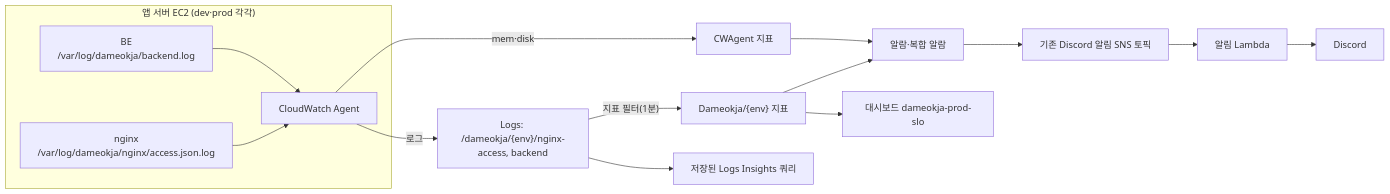
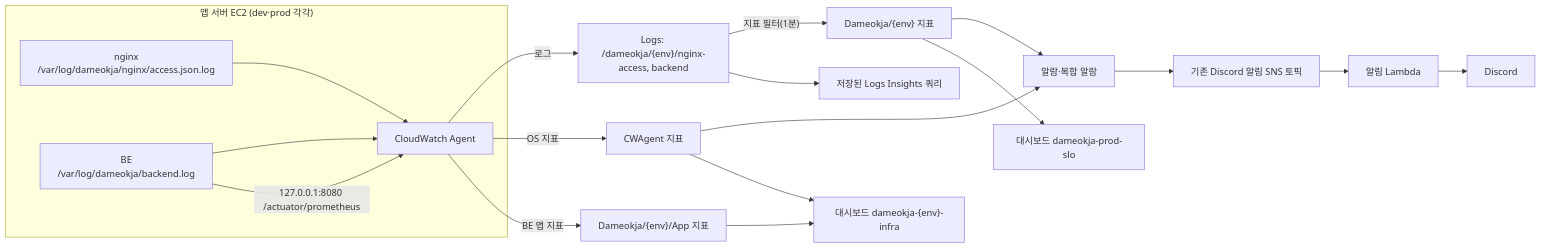
Before and after one commit to 100-hours-a-week/KTB4-5th-CLOUD: the diagram in infra/monitoring/README.md, drawn with Mermaid. The commit also changed other lines of this file and 11 other files, not shown here.

````diff
--- a/infra/monitoring/README.md
+++ b/infra/monitoring/README.md
@@ -8,18 +8,22 @@
 ```mermaid
 flowchart LR
     subgraph EC2["앱 서버 EC2 (dev·prod 각각)"]
         NG["nginx\n/var/log/dameokja/nginx/access.json.log"]
         BE["BE\n/var/log/dameokja/backend.log"]
         AG["CloudWatch Agent"]
         NG --> AG
         BE --> AG
     end
     AG -->|"로그"| LG["Logs: /dameokja/{env}/nginx-access, backend"]
-    AG -->|"mem·disk"| CW["CWAgent 지표"]
+    BE -->|"127.0.0.1:8080 /actuator/prometheus"| AG
+    AG -->|"OS 지표"| CW["CWAgent 지표"]
+    AG -->|"BE 앱 지표"| AP["Dameokja/{env}/App 지표"]
+    AP --> DI
     LG -->|"지표 필터(1분)"| MF["Dameokja/{env} 지표"]
     MF --> AL["알람·복합 알람"]
     CW --> AL
     AL --> SNS["기존 Discord 알림 SNS 토픽"] --> LM["알림 Lambda"] --> DC["Discord"]
     MF --> DB["대시보드 dameokja-prod-slo"]
+    CW --> DI["대시보드 dameokja-{env}-infra"]
     LG --> Q["저장된 Logs Insights 쿼리"]
 ```
````
